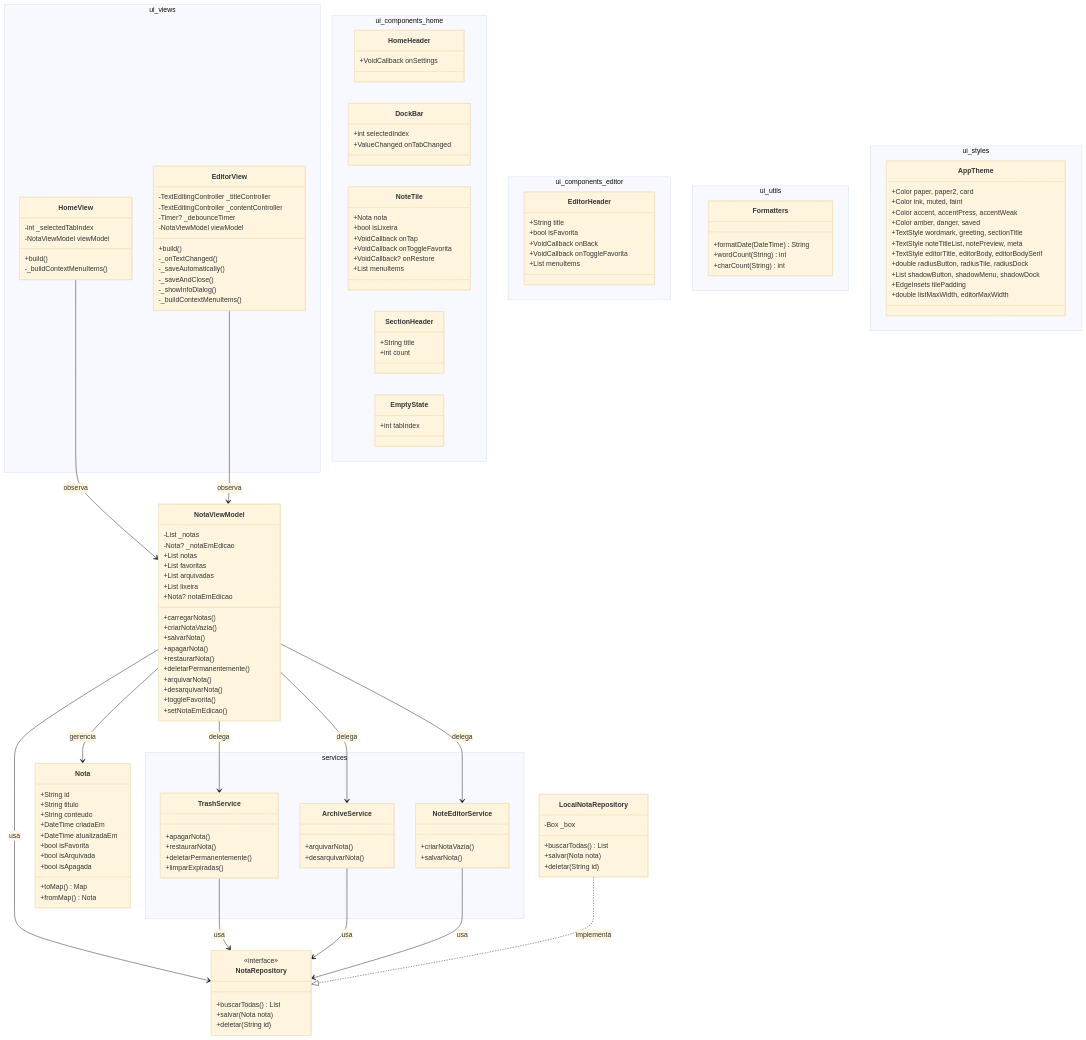
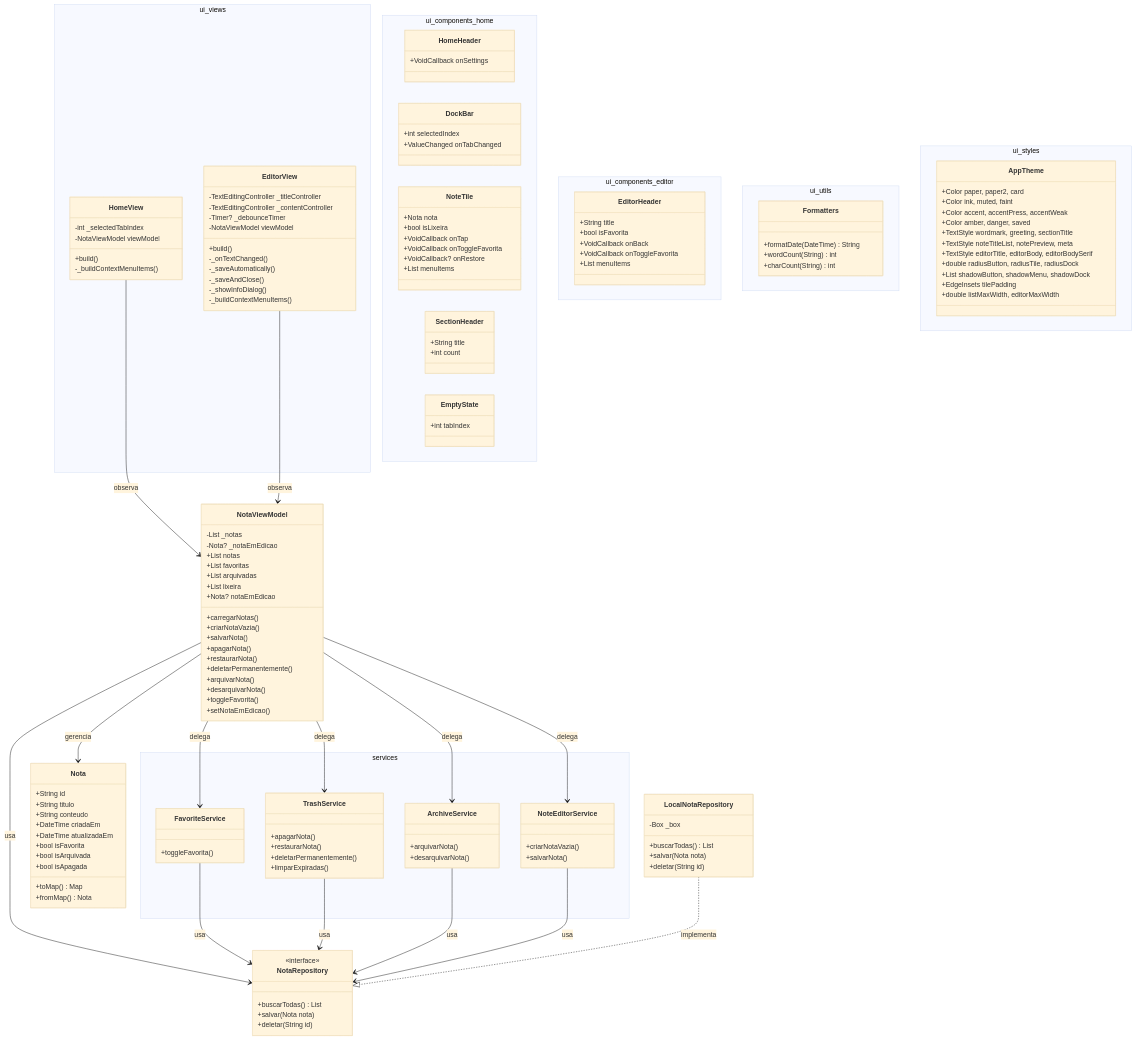
Before and after one commit to rogial12/anotai: the diagram in docs/diagrama.md, drawn with Mermaid (base theme). The commit also changed 3 other files, not shown here.

Commit message:
Criação da FavoriteService e refatoração da NotaViewModel para delegar tarefa

```diff
--- a/docs/diagrama.md
+++ b/docs/diagrama.md
@@ -133,6 +133,9 @@
     }
 
     namespace services {
+        class FavoriteService {
+            +toggleFavorita()
+        }
         class TrashService {
             +apagarNota()
             +restaurarNota()
@@ -150,9 +153,11 @@
     }
 
     NotaViewModel --> NotaRepository : usa
+    NotaViewModel --> FavoriteService : delega
     NotaViewModel --> TrashService : delega
     NotaViewModel --> ArchiveService : delega
     NotaViewModel --> NoteEditorService : delega
+    FavoriteService --> NotaRepository : usa
     TrashService --> NotaRepository : usa
     ArchiveService --> NotaRepository : usa
     NoteEditorService --> NotaRepository : usa
```
